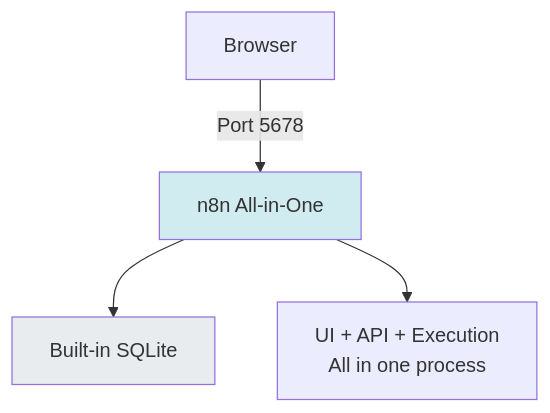
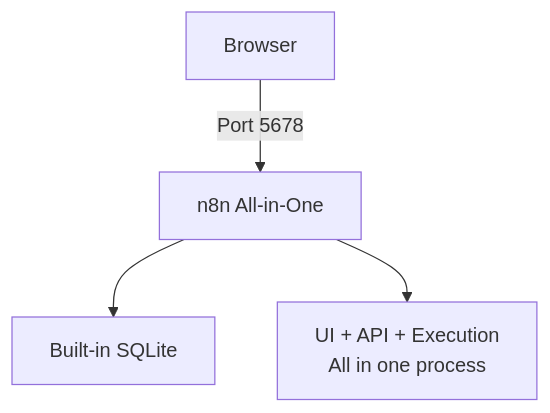
Before and after one commit to wtoloza-dev/ZTH-n8n-Engineer: the eighth of 11 diagrams in lessons/01-foundations/theory/04-architecture.md, drawn with Mermaid. The commit also changed other lines of this file and 31 other files, not shown here.

````diff
--- a/lessons/01-foundations/theory/04-architecture.md
+++ b/lessons/01-foundations/theory/04-architecture.md
@@ -217,10 +198,8 @@
 ```mermaid
 graph TD
     A[Browser] -->|Port 5678| B[n8n All-in-One]
     B --> C[Built-in SQLite]
     
     B --> D[UI + API + Execution<br/>All in one process]
     
-    style B fill:#d1ecf1
-    style C fill:#e9ecef
 ```
````
